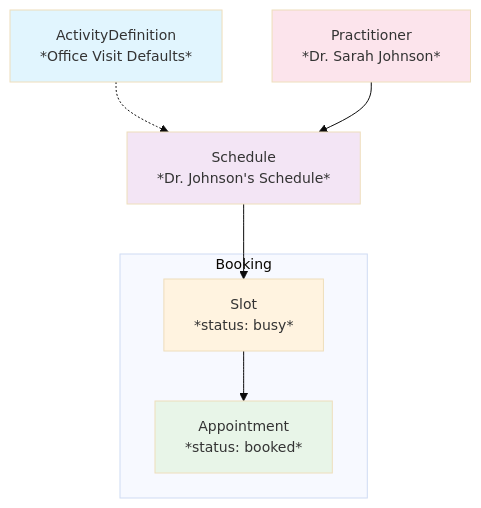
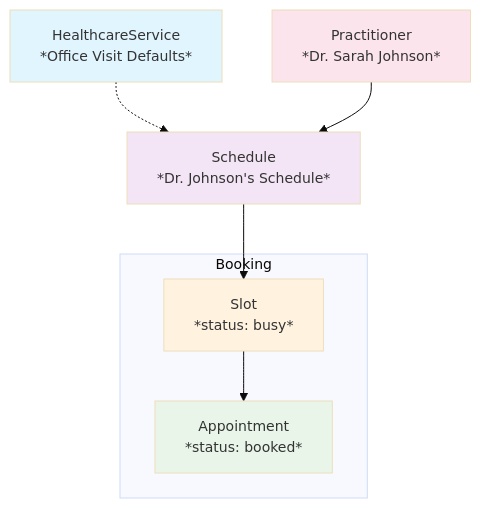
Before and after one commit to medplum/medplum: the second of 5 diagrams in packages/docs/docs/scheduling/defining-availability.md, drawn with Mermaid. The commit also changed other lines of this file and 8 other files, not shown here.

First line of the commit message:
Shared Scheduling config lives on HealthcareService

````diff
--- a/packages/docs/docs/scheduling/defining-availability.md
+++ b/packages/docs/docs/scheduling/defining-availability.md
@@ -576,18 +564,18 @@
 ```mermaid
 %%{init: {'theme':'base', 'themeVariables': {'fontSize':'14px'}, 'flowchart': {'useMaxWidth': false, 'htmlLabels': true}}}%%
 graph TD
-    A[ActivityDefinition<br/>*Office Visit Defaults*] -.-> B[Schedule<br/>*Dr. Johnson's Schedule*]
+    A[HealthcareService<br/>*Office Visit Defaults*] -.-> B[Schedule<br/>*Dr. Johnson's Schedule*]
     C[Practitioner<br/>*Dr. Sarah Johnson*] --> B
 
     B --> D[Slot<br/>*status: busy*]
 
     subgraph "Booking"
         D --> E[Appointment<br/>*status: booked*]
     end
 
     style A fill:#e1f5fe
     style B fill:#f3e5f5
     style C fill:#fce4ec
     style D fill:#fff3e0
     style E fill:#e8f5e8
 ```
````
